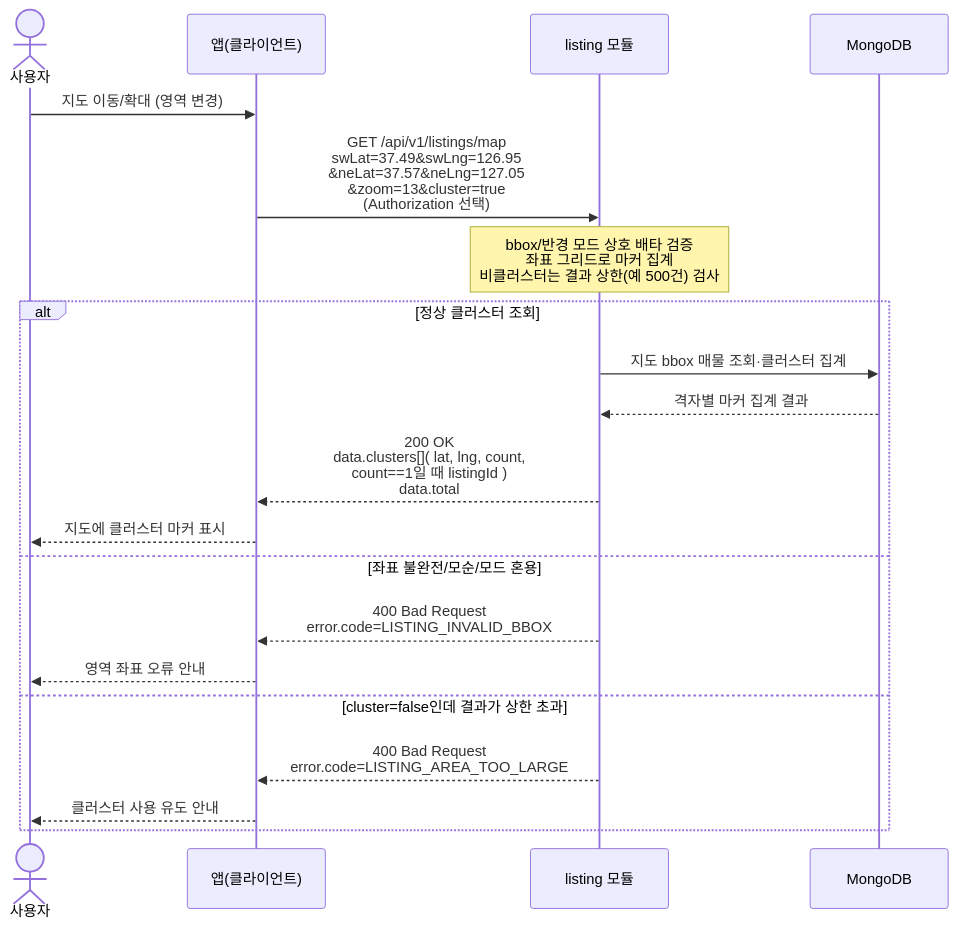
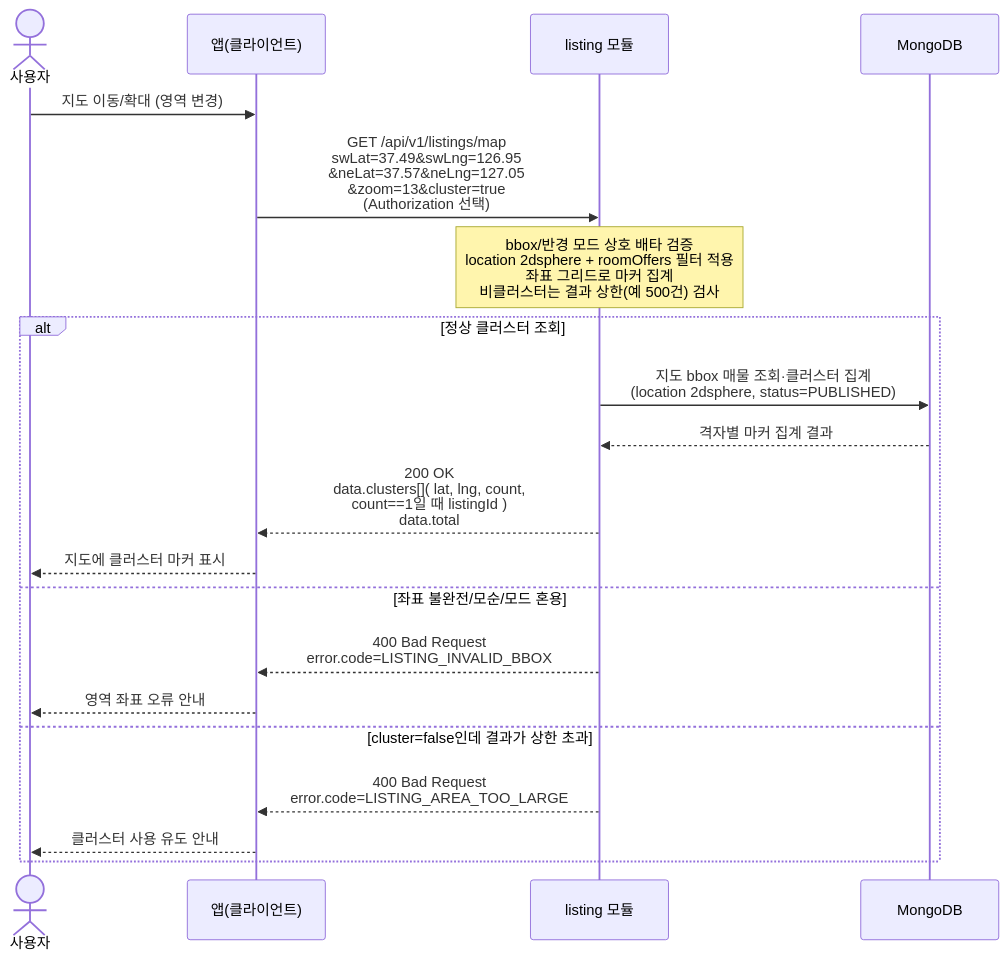
Before and after one commit to jameskim9509/Kohere-backend: the diagram in docs/architecture/sequence-diagrams/03-listings-favorites/us-3-2-map-bbox-cluster-search.md, drawn with Mermaid. The commit also changed other lines of this file and 51 other files, not shown here.

````diff
--- a/docs/architecture/sequence-diagrams/03-listings-favorites/us-3-2-map-bbox-cluster-search.md
+++ b/docs/architecture/sequence-diagrams/03-listings-favorites/us-3-2-map-bbox-cluster-search.md
@@ -5,23 +5,23 @@
 ```mermaid
 sequenceDiagram
     actor U as 사용자
     participant C as 앱(클라이언트)
     participant LIST as listing 모듈
     participant DB as MongoDB
 
     U->>C: 지도 이동/확대 (영역 변경)
     C->>LIST: GET /api/v1/listings/map<br/>swLat=37.49&swLng=126.95<br/>&neLat=37.57&neLng=127.05<br/>&zoom=13&cluster=true<br/>(Authorization 선택)
-    Note over LIST: bbox/반경 모드 상호 배타 검증<br/>좌표 그리드로 마커 집계<br/>비클러스터는 결과 상한(예 500건) 검사
+    Note over LIST: bbox/반경 모드 상호 배타 검증<br/>location 2dsphere + roomOffers 필터 적용<br/>좌표 그리드로 마커 집계<br/>비클러스터는 결과 상한(예 500건) 검사
     alt 정상 클러스터 조회
-        LIST->>DB: 지도 bbox 매물 조회·클러스터 집계
+        LIST->>DB: 지도 bbox 매물 조회·클러스터 집계<br/>(location 2dsphere, status=PUBLISHED)
         DB-->>LIST: 격자별 마커 집계 결과
         LIST-->>C: 200 OK<br/>data.clusters[]( lat, lng, count,<br/>count==1일 때 listingId )<br/>data.total
         C-->>U: 지도에 클러스터 마커 표시
     else 좌표 불완전/모순/모드 혼용
         LIST-->>C: 400 Bad Request<br/>error.code=LISTING_INVALID_BBOX
         C-->>U: 영역 좌표 오류 안내
     else cluster=false인데 결과가 상한 초과
         LIST-->>C: 400 Bad Request<br/>error.code=LISTING_AREA_TOO_LARGE
         C-->>U: 클러스터 사용 유도 안내
     end
 ```
````
